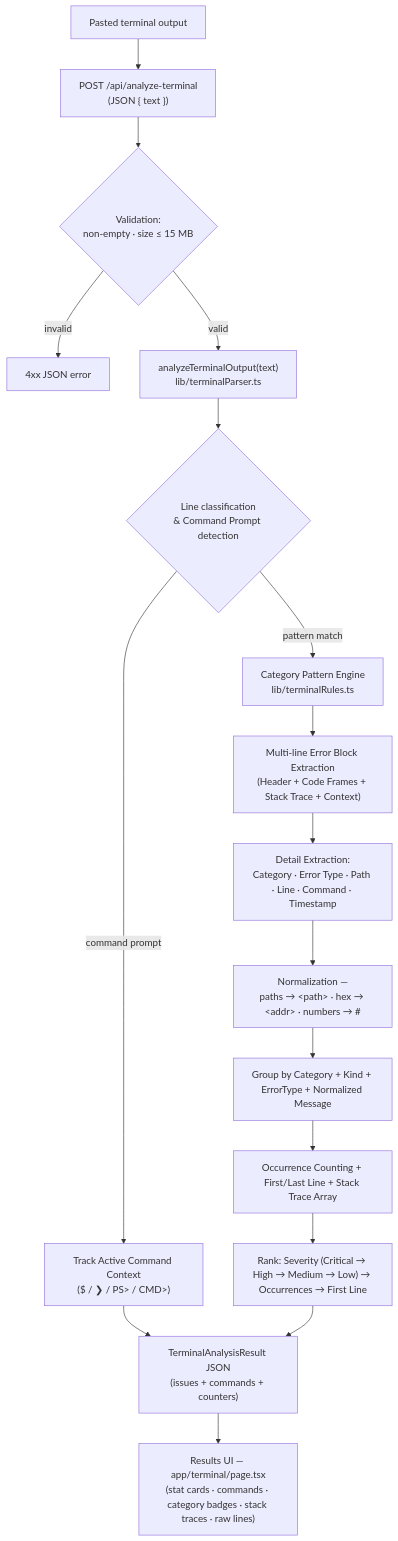
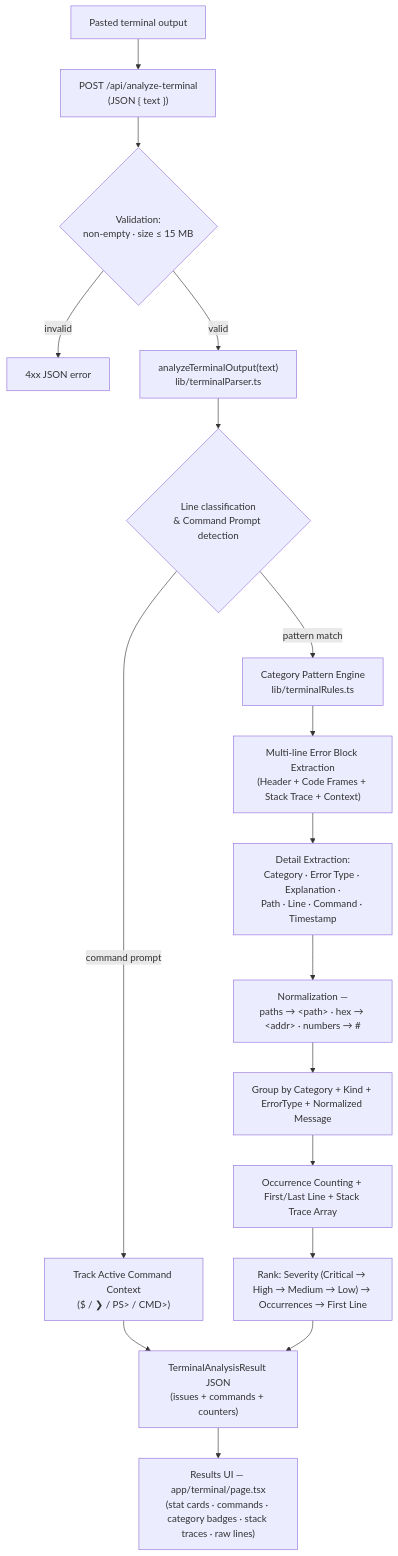
Before and after one commit to Manas-Dikshit/log_analyzer: the diagram in architectures/archter.md, drawn with Mermaid.

Commit message:
docs: add architecture documentation for the terminal error analyzer system

````diff
--- a/architectures/archter.md
+++ b/architectures/archter.md
@@ -8,19 +8,19 @@
 ```mermaid
 flowchart TD
     A[Pasted terminal output] --> B["POST /api/analyze-terminal<br/>(JSON { text })"]
     B --> C{Validation:<br/>non-empty · size ≤ 15 MB}
     C -- invalid --> C1[4xx JSON error]
     C -- valid --> D["analyzeTerminalOutput(text)<br/>lib/terminalParser.ts"]
     D --> E{"Line classification<br/>& Command Prompt detection"}
     E -->|command prompt| F["Track Active Command Context<br/>($ / ❯ / PS> / CMD>)"]
     E -->|pattern match| G["Category Pattern Engine<br/>lib/terminalRules.ts"]
     G --> H["Multi-line Error Block Extraction<br/>(Header + Code Frames + Stack Trace + Context)"]
-    H --> I["Detail Extraction:<br/>Category · Error Type · Path · Line · Command · Timestamp"]
+    H --> I["Detail Extraction:<br/>Category · Error Type · Explanation ·<br/>Path · Line · Command · Timestamp"]
     I --> J["Normalization —<br/>paths → &lt;path&gt; · hex → &lt;addr&gt; · numbers → #"]
     J --> K["Group by Category + Kind + ErrorType + Normalized Message"]
     K --> L["Occurrence Counting + First/Last Line + Stack Trace Array"]
     L --> M["Rank: Severity (Critical → High → Medium → Low) → Occurrences → First Line"]
     F --> N["TerminalAnalysisResult JSON<br/>(issues + commands + counters)"]
     M --> N
     N --> O["Results UI — app/terminal/page.tsx<br/>(stat cards · commands · category badges · stack traces · raw lines)"]
 ```
````
